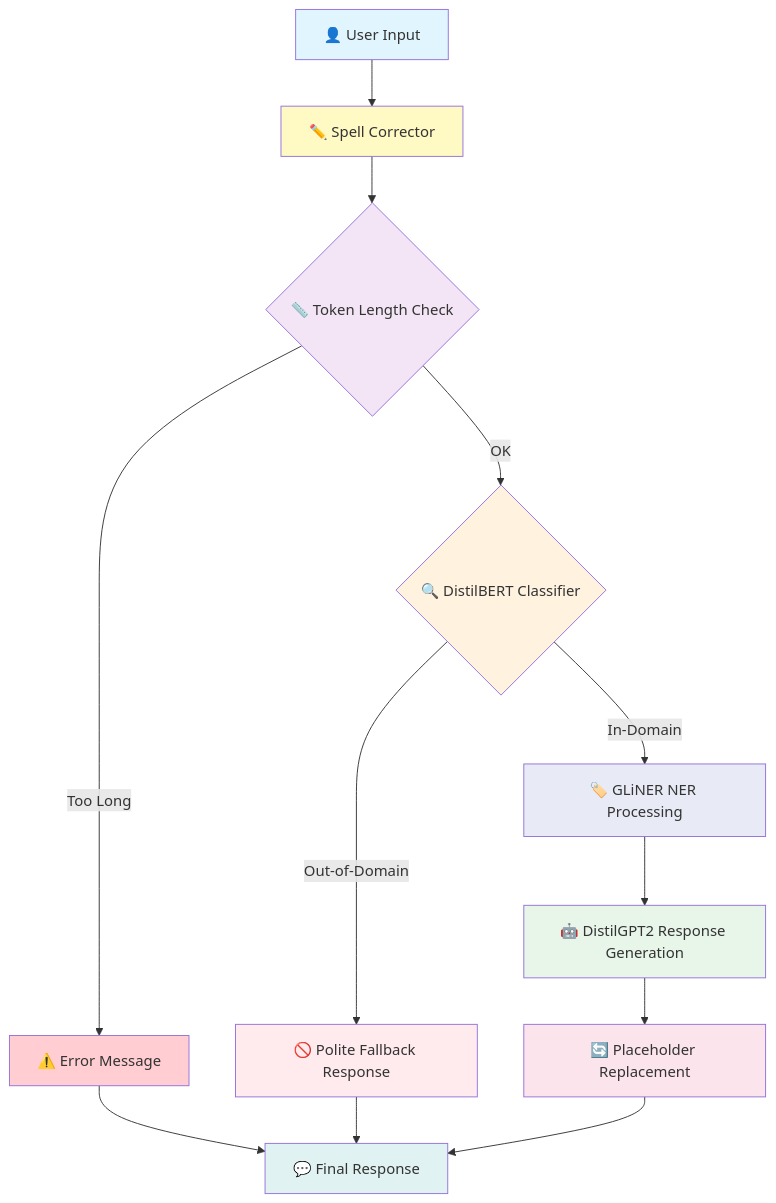
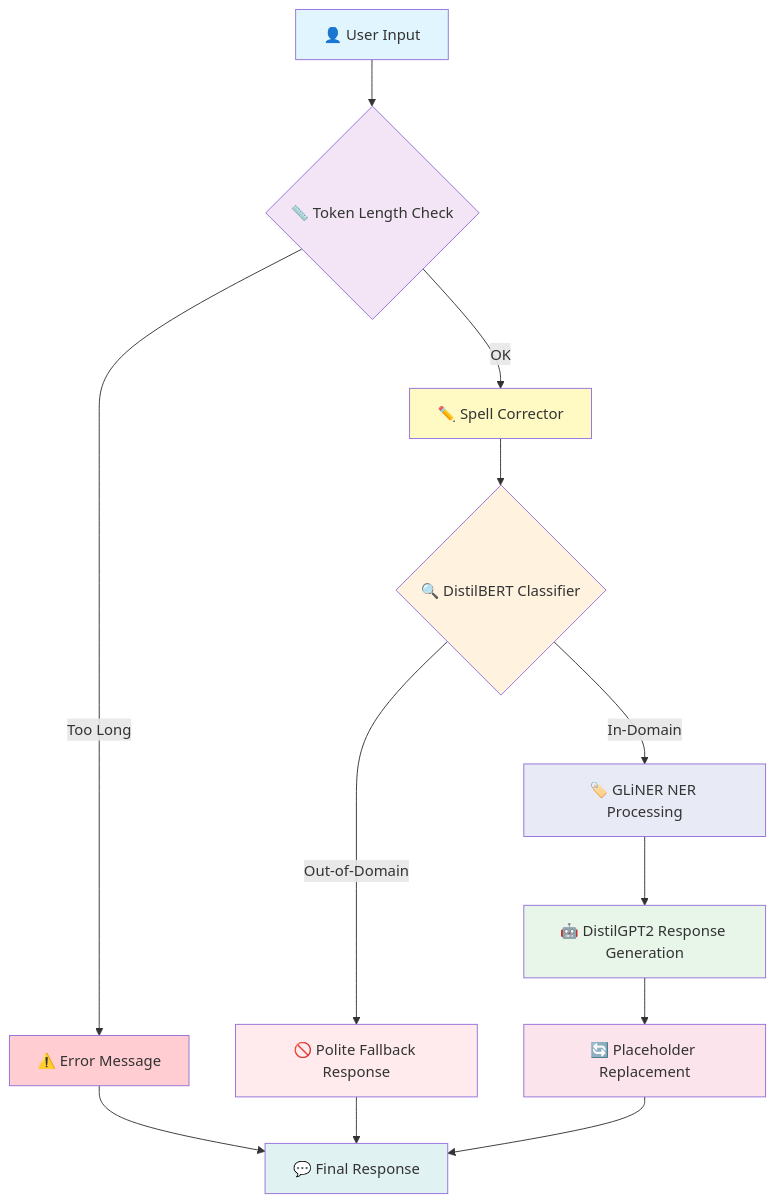
Before and after one commit to JustToTryModels/IMAGES: the diagram in README.md, drawn with Mermaid. The commit also changed other lines of this file, not shown here.

````diff
--- a/README.md
+++ b/README.md
@@ -134,25 +136,25 @@
 ```mermaid
 graph TB
-    A[👤 User Input] --> B[✏️ Spell Corrector]
-    B --> C{📏 Token Length Check}
-    C -->|Too Long| D[⚠️ Error Message]
-    C -->|OK| E{🔍 DistilBERT Classifier}
+    A[👤 User Input] --> B{📏 Token Length Check}
+    B -->|Too Long| C[⚠️ Error Message]
+    B -->|OK| D[✏️ Spell Corrector]
+    D --> E{🔍 DistilBERT Classifier}
     E -->|Out-of-Domain| F[🚫 Polite Fallback Response]
     E -->|In-Domain| G[🏷️ GLiNER NER Processing]
     G --> H[🤖 DistilGPT2 Response Generation]
     H --> I[🔄 Placeholder Replacement]
     I --> J[💬 Final Response]
-    D --> J
+    C --> J
     F --> J
     
     style A fill:#e1f5fe
-    style B fill:#fff9c4
-    style C fill:#f3e5f5
-    style D fill:#ffcdd2
+    style B fill:#f3e5f5
+    style C fill:#ffcdd2
+    style D fill:#fff9c4
     style E fill:#fff3e0
     style F fill:#ffebee
     style G fill:#e8eaf6
     style H fill:#e8f5e9
     style I fill:#fce4ec
     style J fill:#e0f2f1
 ```
````
